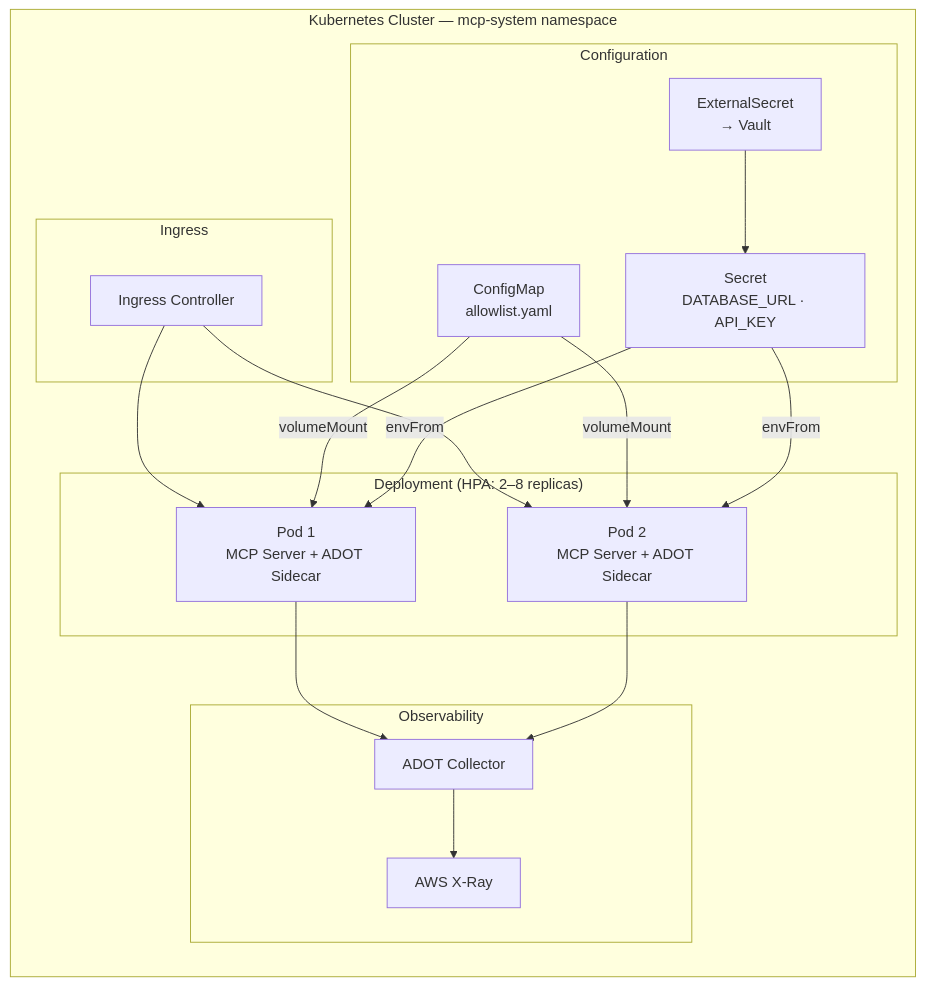
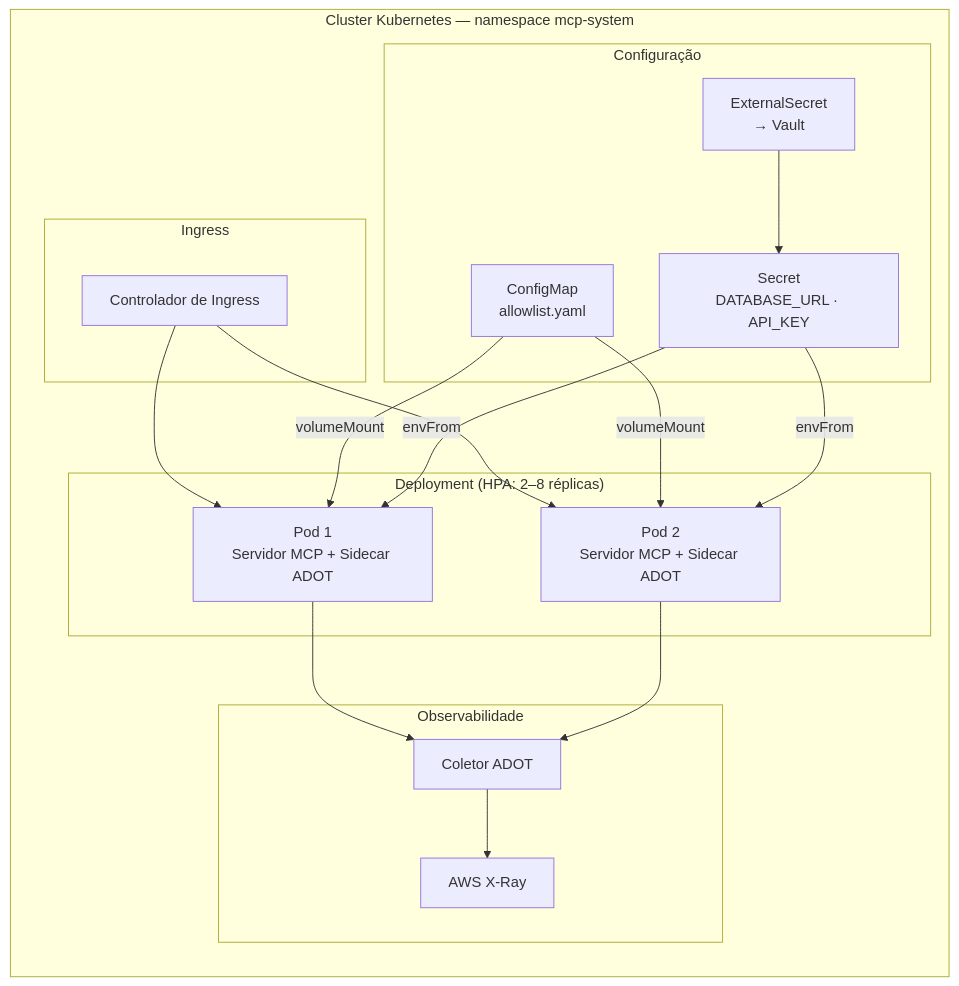
Before and after one commit to jrhumberto/fastmcp-public-service: the third of 8 diagrams in README.md, drawn with Mermaid. The commit also changed other lines of this file, not shown here.

````diff
--- a/README.md
+++ b/README.md
@@ -177,36 +224,36 @@
 ```mermaid
 graph LR
-    subgraph K8s["Kubernetes Cluster  —  mcp-system namespace"]
+    subgraph K8s["Cluster Kubernetes  —  namespace mcp-system"]
         direction TB
 
         subgraph Ingress["Ingress"]
-            IG["Ingress Controller"]
+            IG["Controlador de Ingress"]
         end
 
-        subgraph Workload["Deployment  (HPA: 2–8 replicas)"]
-            P1["Pod 1<br/>MCP Server + ADOT Sidecar"]
-            P2["Pod 2<br/>MCP Server + ADOT Sidecar"]
+        subgraph Workload["Deployment  (HPA: 2–8 réplicas)"]
+            P1["Pod 1<br/>Servidor MCP + Sidecar ADOT"]
+            P2["Pod 2<br/>Servidor MCP + Sidecar ADOT"]
         end
 
-        subgraph Config["Configuration"]
+        subgraph Config["Configuração"]
             CM["ConfigMap<br/>allowlist.yaml"]
             ES["ExternalSecret<br/>→ Vault"]
             SEC["Secret<br/>DATABASE_URL · API_KEY"]
         end
 
-        subgraph Obs["Observability"]
-            ADOT["ADOT Collector"]
+        subgraph Obs["Observabilidade"]
+            ADOT["Coletor ADOT"]
             XRay["AWS X-Ray"]
         end
     end
 
     IG --> P1
     IG --> P2
     CM -->|"volumeMount"| P1
     CM -->|"volumeMount"| P2
     ES --> SEC
     SEC -->|"envFrom"| P1
     SEC -->|"envFrom"| P2
     P1 --> ADOT --> XRay
     P2 --> ADOT
 ```
````
